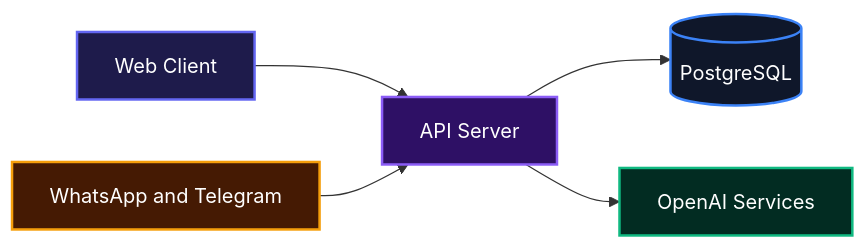
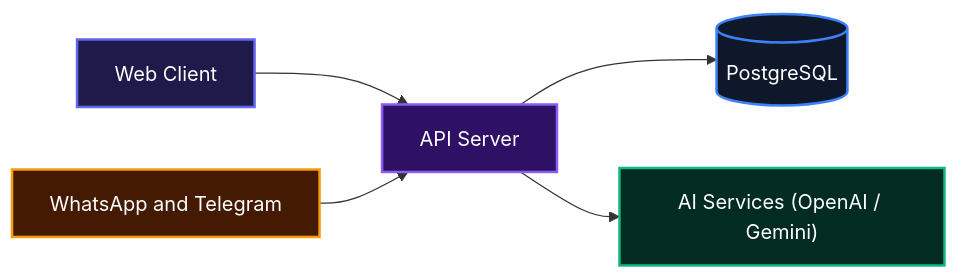
Before and after one commit to Mbazu-Daniel/Nomidat: the first of 3 diagrams in README.md, drawn with Mermaid. The commit also changed other lines of this file, not shown here.

````diff
--- a/README.md
+++ b/README.md
@@ -11,19 +11,19 @@
 ```mermaid
 flowchart LR
   WebClient["Web Client"]
   Messaging["WhatsApp and Telegram"]
   Server["API Server"]
   Database[("PostgreSQL")]
-  AI["OpenAI Services"]
+  AI["AI Services (OpenAI / Gemini)"]
 
   WebClient --> Server
   Messaging --> Server
   Server --> Database
   Server --> AI
 
   style WebClient fill:#1e1b4b,stroke:#6366f1,stroke-width:2px,color:#fff
   style Messaging fill:#451a03,stroke:#f59e0b,stroke-width:2px,color:#fff
   style Server fill:#2e1065,stroke:#8b5cf6,stroke-width:2px,color:#fff
   style Database fill:#0f172a,stroke:#3b82f6,stroke-width:2px,color:#fff
   style AI fill:#022c22,stroke:#10b981,stroke-width:2px,color:#fff
 ```
````
